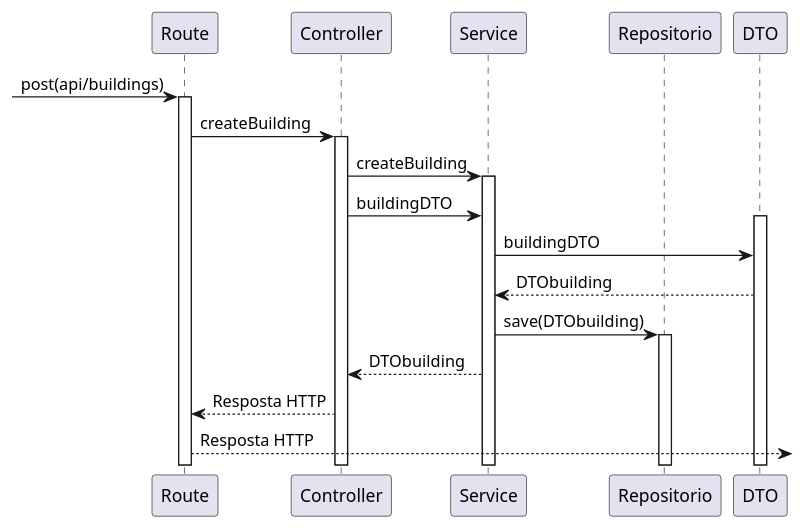
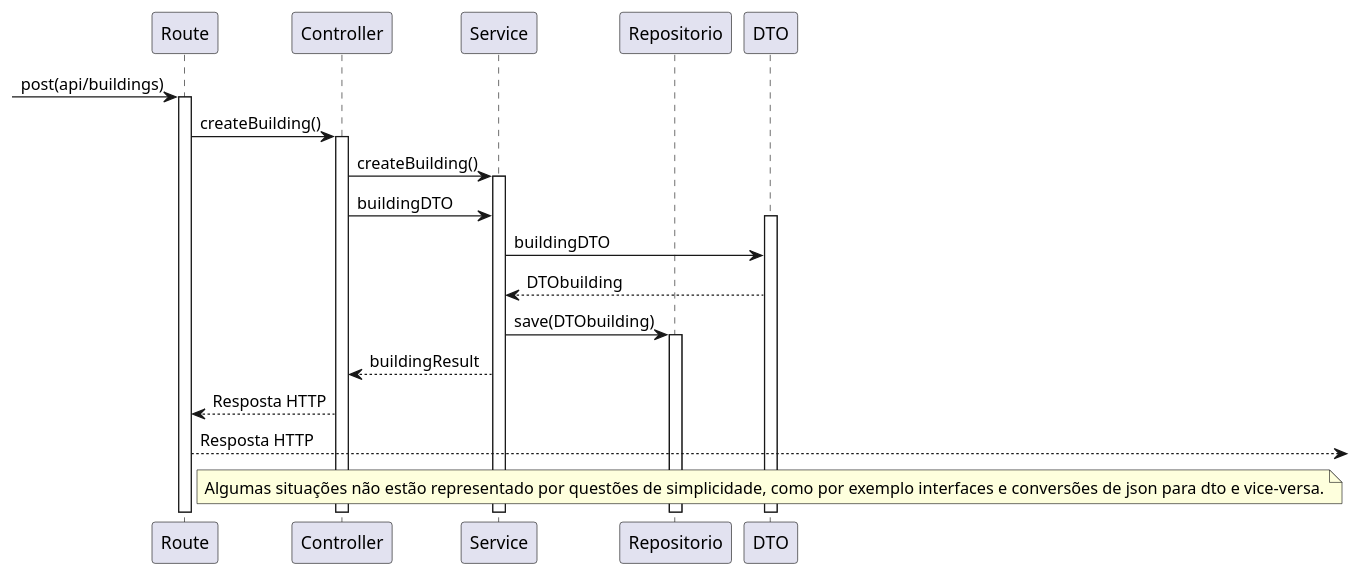
One commit to mascenso/isep-sem5-lapr5 changed the diagram in Wiki/Views/Nivel3/US150.puml. Above: the diagram before and after it, drawn with PlantUML. The commit also changed 15 other files, not shown here.

```diff
--- a/Wiki/Views/Nivel3/US150.puml
+++ b/Wiki/Views/Nivel3/US150.puml
@@ -1,25 +1,28 @@
 @startuml US150
 
 participant "Route" as Route
 participant "Controller" as Controller
 participant "Service" as Service
 participant "Repositorio" as Repositorio
 participant "DTO" as DTO
 
 -> Route : post(api/buildings)
 activate Route
-Route -> Controller : createBuilding
+Route -> Controller : createBuilding()
 activate Controller
-Controller -> Service : createBuilding
+Controller -> Service : createBuilding()
 activate Service
 Controller -> Service : buildingDTO
 activate DTO
 Service -> DTO : buildingDTO
 DTO --> Service : DTObuilding
 Service -> Repositorio : save(DTObuilding)
 activate Repositorio
-Service --> Controller : DTObuilding
+Service --> Controller : buildingResult
 Controller--> Route : Resposta HTTP
 Route --> : Resposta HTTP
 
+note right of Route
+Algumas situações não estão representado por questões de simplicidade, como por exemplo interfaces e conversões de json para dto e vice-versa.
+end note
 @enduml
```
